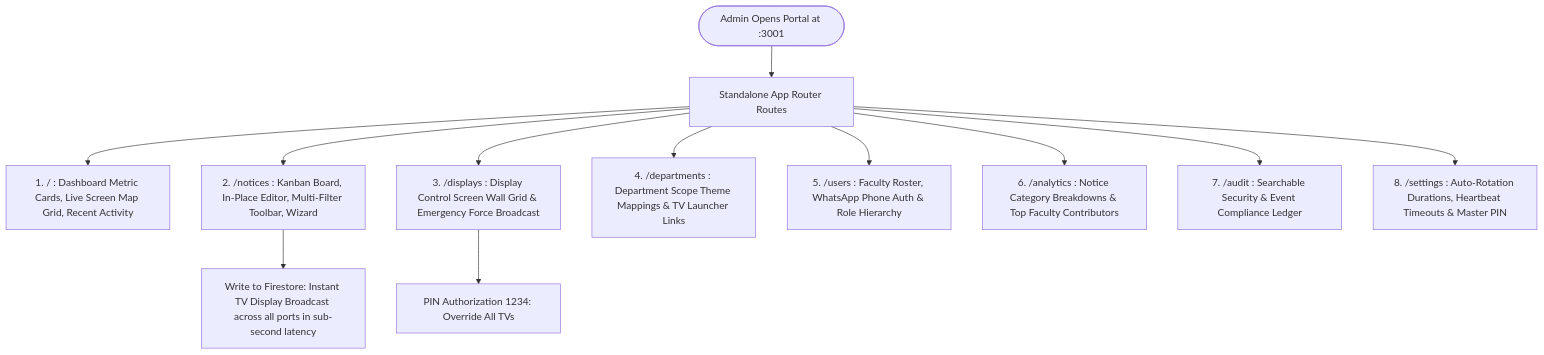
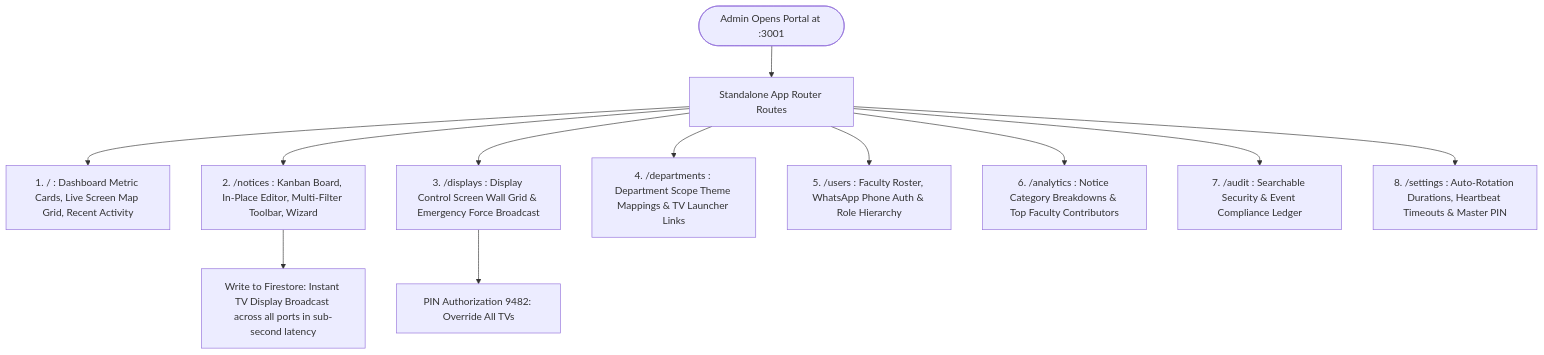
Before and after one commit to yash-ghodele/CampusCast: the fourth of 4 diagrams in Docs/SYSTEM_ARCHITECTURE_GUIDE.md, drawn with Mermaid. The commit also changed other lines of this file and 10 other files, not shown here.

````diff
--- a/Docs/SYSTEM_ARCHITECTURE_GUIDE.md
+++ b/Docs/SYSTEM_ARCHITECTURE_GUIDE.md
@@ -163,16 +163,16 @@
 ```mermaid
 flowchart TD
     AdminLogin(["Admin Opens Portal at :3001"]) --> NavRoutes["Standalone App Router Routes"]
     
     NavRoutes --> P1["1. / : Dashboard Metric Cards, Live Screen Map Grid, Recent Activity"]
     NavRoutes --> P2["2. /notices : Kanban Board, In-Place Editor, Multi-Filter Toolbar, Wizard"]
     NavRoutes --> P3["3. /displays : Display Control Screen Wall Grid & Emergency Force Broadcast"]
     NavRoutes --> P4["4. /departments : Department Scope Theme Mappings & TV Launcher Links"]
     NavRoutes --> P5["5. /users : Faculty Roster, WhatsApp Phone Auth & Role Hierarchy"]
     NavRoutes --> P6["6. /analytics : Notice Category Breakdowns & Top Faculty Contributors"]
     NavRoutes --> P7["7. /audit : Searchable Security & Event Compliance Ledger"]
     NavRoutes --> P8["8. /settings : Auto-Rotation Durations, Heartbeat Timeouts & Master PIN"]
     
     P2 --> WriteFS["Write to Firestore: Instant TV Display Broadcast across all ports in sub-second latency"]
-    P3 --> EmergencyPIN["PIN Authorization 1234: Override All TVs"]
+    P3 --> EmergencyPIN["PIN Authorization 9482: Override All TVs"]
 ```
````
